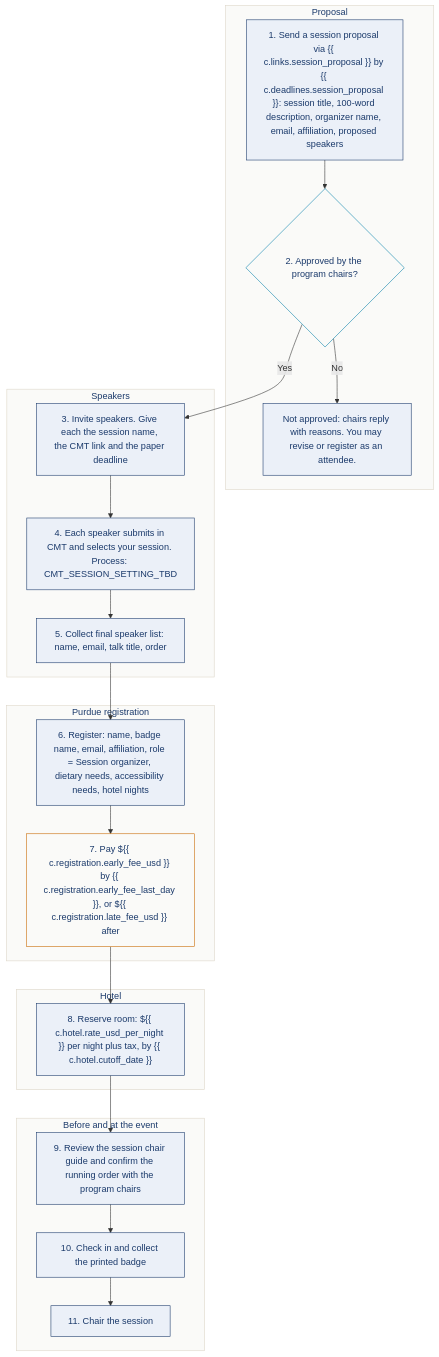
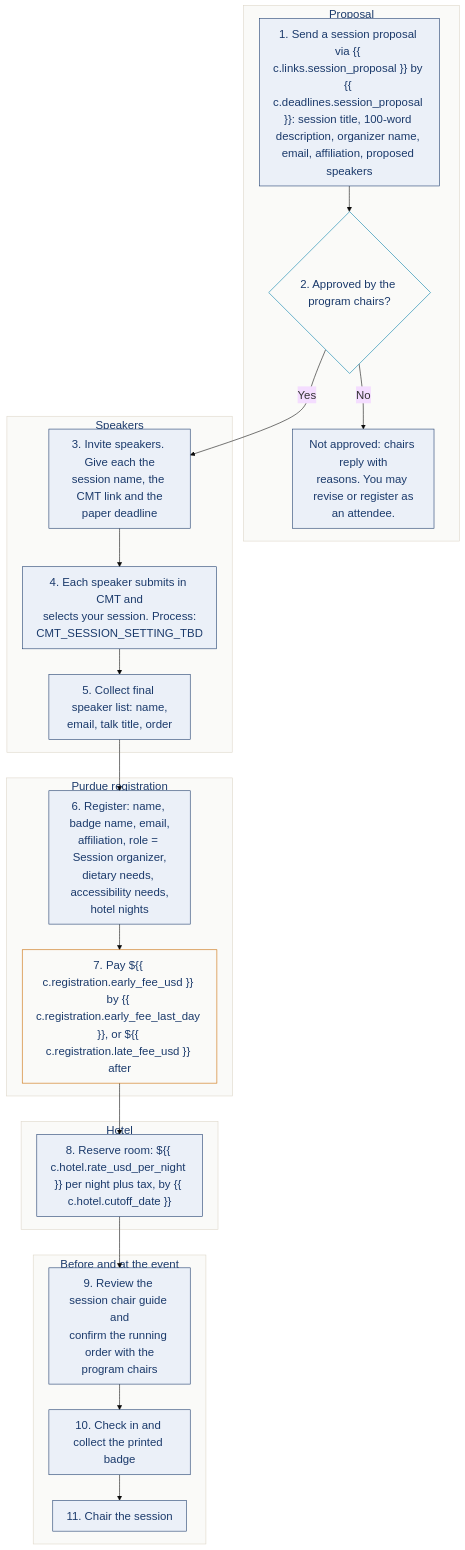
The diagram in workflows/session-organizer.md (serg696f/computational-imaging.github.io), drawn with Mermaid before and after one commit. The commit also changed other lines of this file and 2 other files, not shown here.

Commit message:
fixing font size and colors

````diff
--- a/workflows/session-organizer.md
+++ b/workflows/session-organizer.md
@@ -15,39 +22,40 @@
 ```mermaid
+%%{init: {"theme":"base","themeVariables":{"fontSize":"20px","fontFamily":"Space Grotesk, sans-serif"},"flowchart":{"useMaxWidth":false,"nodeSpacing":35,"rankSpacing":45,"padding":12}}}%%
 flowchart TD
   subgraph PROP["Proposal"]
     S1["1. Send a session proposal via {{ c.links.session_proposal }} by {{ c.deadlines.session_proposal }}: session title, 100-word description, organizer name, email, affiliation, proposed speakers"]
     D1{"2. Approved by the program chairs?"}
-    S2["Not approved: chairs reply with reasons. You may revise or register as an attendee."]
+    S2["Not approved: chairs reply with<br/>reasons. You may revise or register as<br/>an attendee."]
   end
   subgraph SPEAK["Speakers"]
-    S3["3. Invite speakers. Give each the session name, the CMT link and the paper deadline"]
-    S4["4. Each speaker submits in CMT and selects your session. Process: CMT_SESSION_SETTING_TBD"]
-    S5["5. Collect final speaker list: name, email, talk title, order"]
+    S3["3. Invite speakers. Give each the<br/>session name, the CMT link and the<br/>paper deadline"]
+    S4["4. Each speaker submits in CMT and<br/>selects your session. Process:<br/>CMT_SESSION_SETTING_TBD"]
+    S5["5. Collect final speaker list: name,<br/>email, talk title, order"]
   end
   subgraph REG["Purdue registration"]
-    S6["6. Register: name, badge name, email, affiliation, role = Session organizer, dietary needs, accessibility needs, hotel nights"]
+    S6["6. Register: name, badge name, email,<br/>affiliation, role = Session organizer,<br/>dietary needs, accessibility needs,<br/>hotel nights"]
     S7["7. Pay ${{ c.registration.early_fee_usd }} by {{ c.registration.early_fee_last_day }}, or ${{ c.registration.late_fee_usd }} after"]
   end
   subgraph HOTEL["Hotel"]
     S8["8. Reserve room: ${{ c.hotel.rate_usd_per_night }} per night plus tax, by {{ c.hotel.cutoff_date }}"]
   end
   subgraph EVENT["Before and at the event"]
-    S9["9. Review the session chair guide and confirm the running order with the program chairs"]
+    S9["9. Review the session chair guide and<br/>confirm the running order with the<br/>program chairs"]
     S10["10. Check in and collect the printed badge"]
     S11["11. Chair the session"]
   end
   S1 --> D1
   D1 -- No --> S2
   D1 -- Yes --> S3 --> S4 --> S5 --> S6 --> S7 --> S8 --> S9 --> S10 --> S11
   style PROP fill:#FAFAF8,stroke:#DDD6C8,color:#1B3A6B
   style SPEAK fill:#FAFAF8,stroke:#DDD6C8,color:#1B3A6B
   style REG fill:#FAFAF8,stroke:#DDD6C8,color:#1B3A6B
   style HOTEL fill:#FAFAF8,stroke:#DDD6C8,color:#1B3A6B
   style EVENT fill:#FAFAF8,stroke:#DDD6C8,color:#1B3A6B
   classDef step fill:#EBF0F8,stroke:#1B3A6B,color:#1B3A6B;
   classDef pay fill:#FAFAF8,stroke:#C96A00,color:#1B3A6B;
   classDef gate fill:#FAFAF8,stroke:#007EA8,color:#1B3A6B;
   class S1,S2,S3,S4,S5,S6,S8,S9,S10,S11 step;
   class S7 pay;
   class D1 gate;
 ```
````
